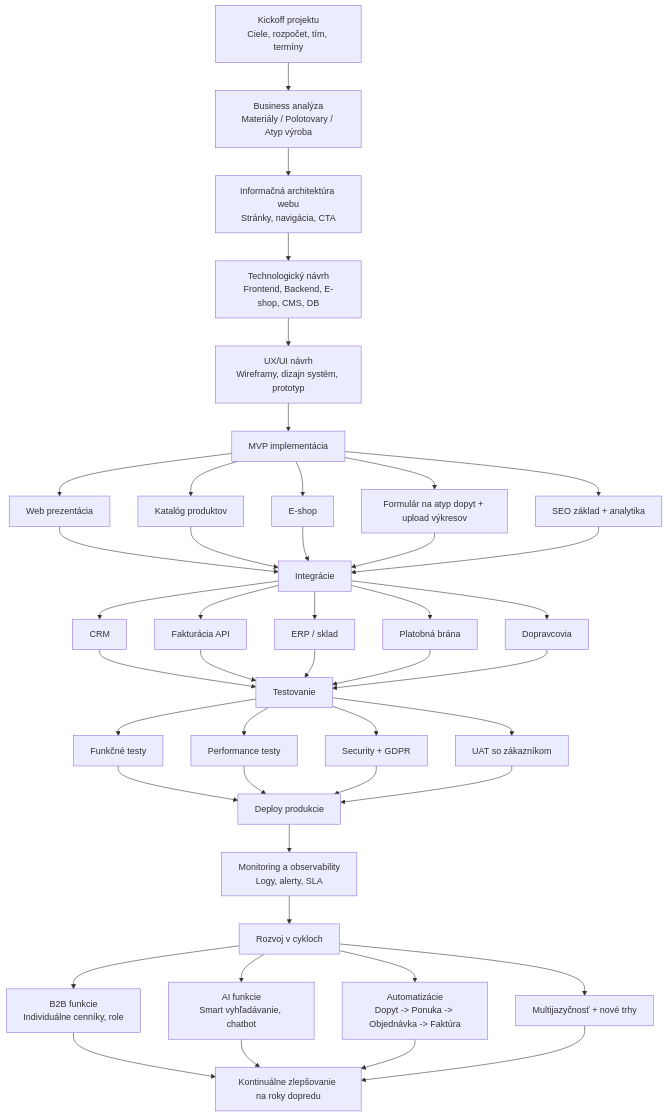
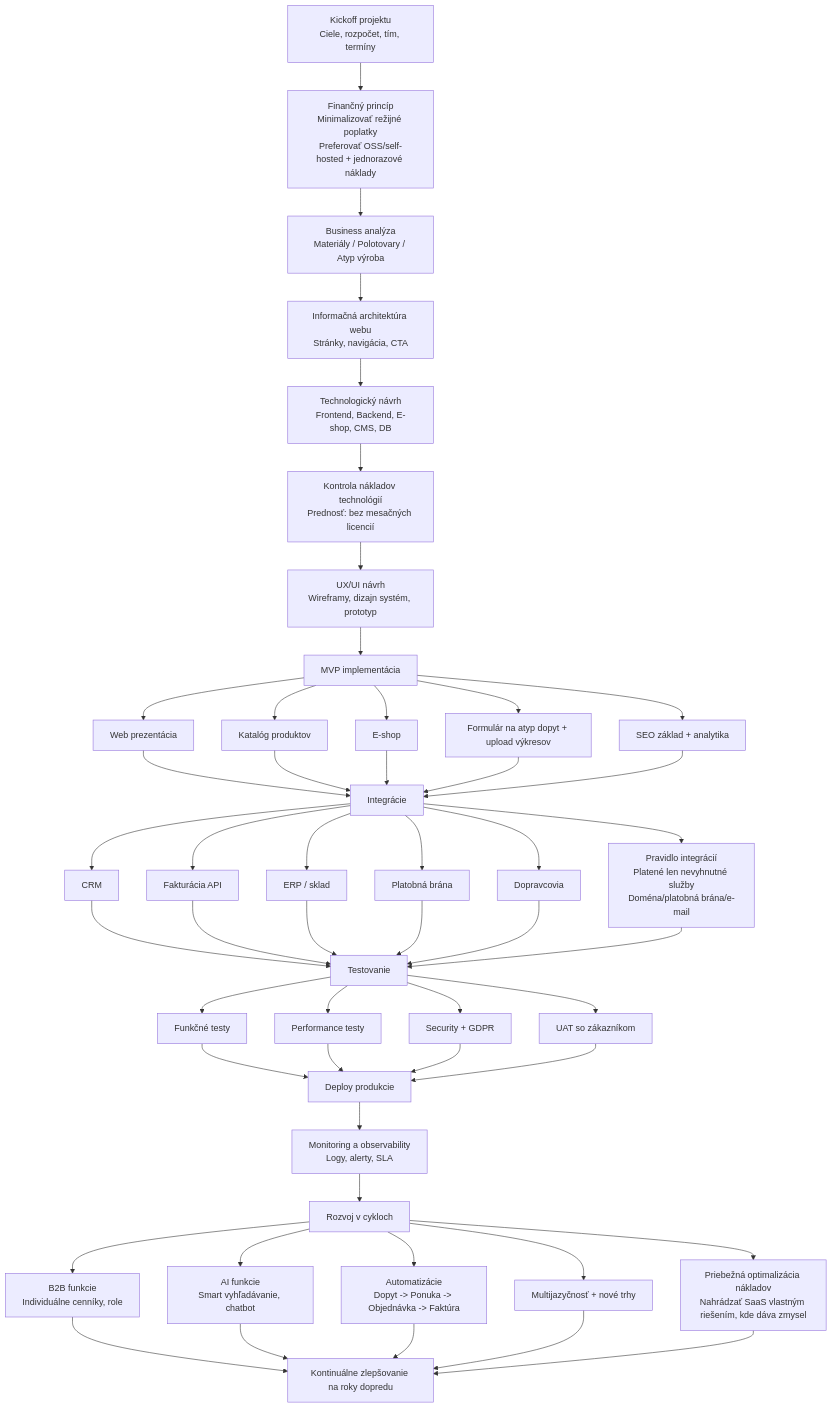
Before and after one commit to Interia1/WEB-Interia: the diagram in docs/vyvojovy-diagram.md, drawn with Mermaid. The commit also changed other lines of this file, not shown here.

Commit message:
docs: add low-overhead cost principle to development diagram

````diff
--- a/docs/vyvojovy-diagram.md
+++ b/docs/vyvojovy-diagram.md
@@ -5,55 +7,63 @@
 ```mermaid
 flowchart TD
-    A[Kickoff projektu<br/>Ciele, rozpočet, tím, termíny] --> B[Business analýza<br/>Materiály / Polotovary / Atyp výroba]
+    A[Kickoff projektu<br/>Ciele, rozpočet, tím, termíny] --> A1[Finančný princíp<br/>Minimalizovať režijné poplatky<br/>Preferovať OSS/self-hosted + jednorazové náklady]
+    A1 --> B[Business analýza<br/>Materiály / Polotovary / Atyp výroba]
     B --> C[Informačná architektúra webu<br/>Stránky, navigácia, CTA]
     C --> D[Technologický návrh<br/>Frontend, Backend, E-shop, CMS, DB]
-    D --> E[UX/UI návrh<br/>Wireframy, dizajn systém, prototyp]
+    D --> D1[Kontrola nákladov technológií<br/>Prednosť: bez mesačných licencií]
+    D1 --> E[UX/UI návrh<br/>Wireframy, dizajn systém, prototyp]
     E --> F[MVP implementácia]
 
     F --> F1[Web prezentácia]
     F --> F2[Katalóg produktov]
     F --> F3[E-shop]
     F --> F4[Formulár na atyp dopyt + upload výkresov]
     F --> F5[SEO základ + analytika]
 
     F1 --> G[Integrácie]
     F2 --> G
     F3 --> G
     F4 --> G
     F5 --> G
 
     G --> G1[CRM]
     G --> G2[Fakturácia API]
     G --> G3[ERP / sklad]
     G --> G4[Platobná brána]
     G --> G5[Dopravcovia]
 
+    G --> G6[Pravidlo integrácií<br/>Platené len nevyhnutné služby<br/>Doména/platobná brána/e-mail]
+
     G1 --> H[Testovanie]
     G2 --> H
     G3 --> H
     G4 --> H
     G5 --> H
+    G6 --> H
 
     H --> H1[Funkčné testy]
     H --> H2[Performance testy]
     H --> H3[Security + GDPR]
     H --> H4[UAT so zákazníkom]
 
     H1 --> I[Deploy produkcie]
     H2 --> I
     H3 --> I
     H4 --> I
 
     I --> J[Monitoring a observability<br/>Logy, alerty, SLA]
     J --> K[Rozvoj v cykloch]
 
     K --> K1[B2B funkcie<br/>Individuálne cenníky, role]
     K --> K2[AI funkcie<br/>Smart vyhľadávanie, chatbot]
     K --> K3[Automatizácie<br/>Dopyt -> Ponuka -> Objednávka -> Faktúra]
     K --> K4[Multijazyčnosť + nové trhy]
 
+    K --> K5[Priebežná optimalizácia nákladov<br/>Nahrádzať SaaS vlastným riešením, kde dáva zmysel]
+
     K1 --> L[Kontinuálne zlepšovanie na roky dopredu]
     K2 --> L
     K3 --> L
     K4 --> L
+    K5 --> L
 ```
````
